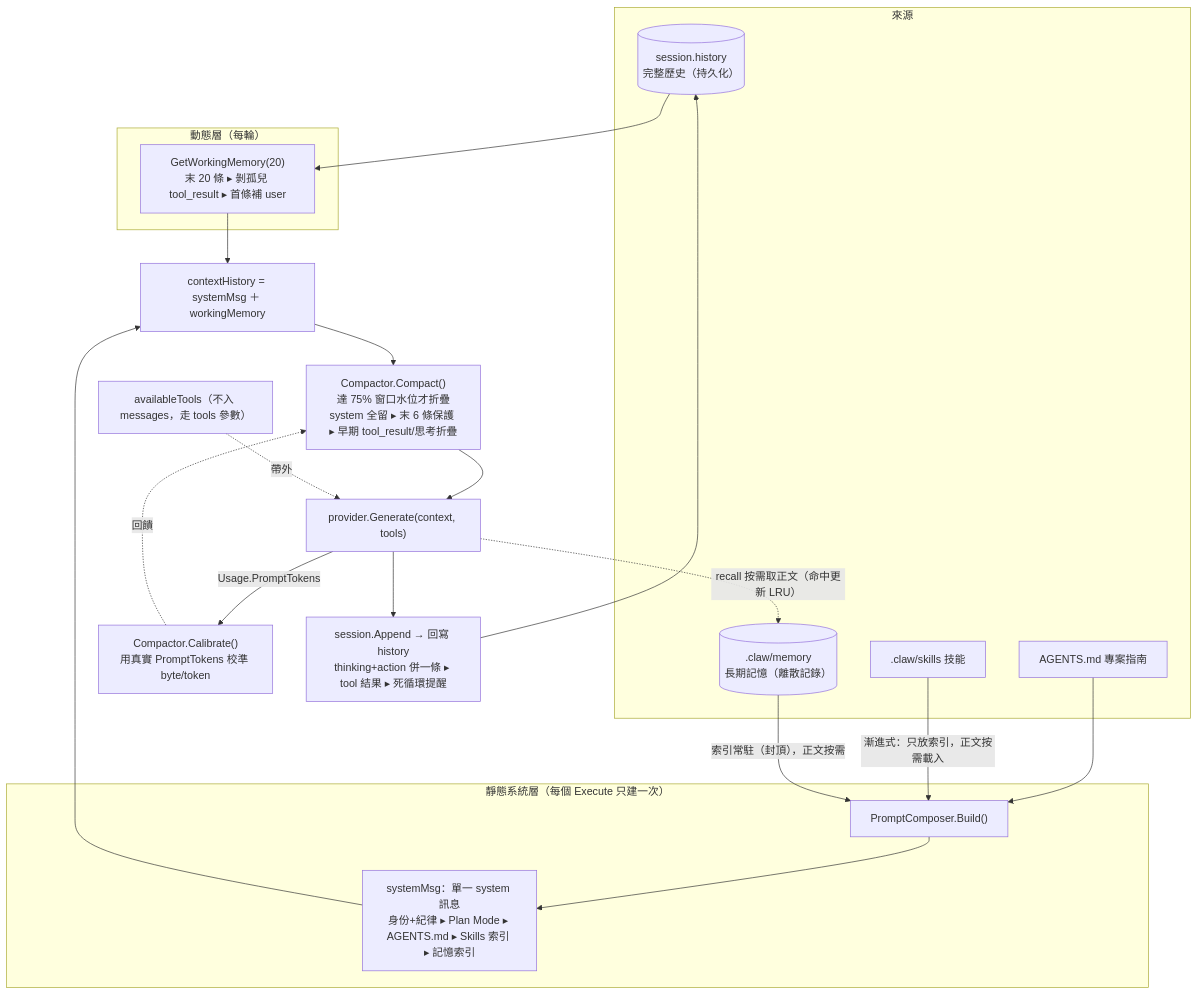
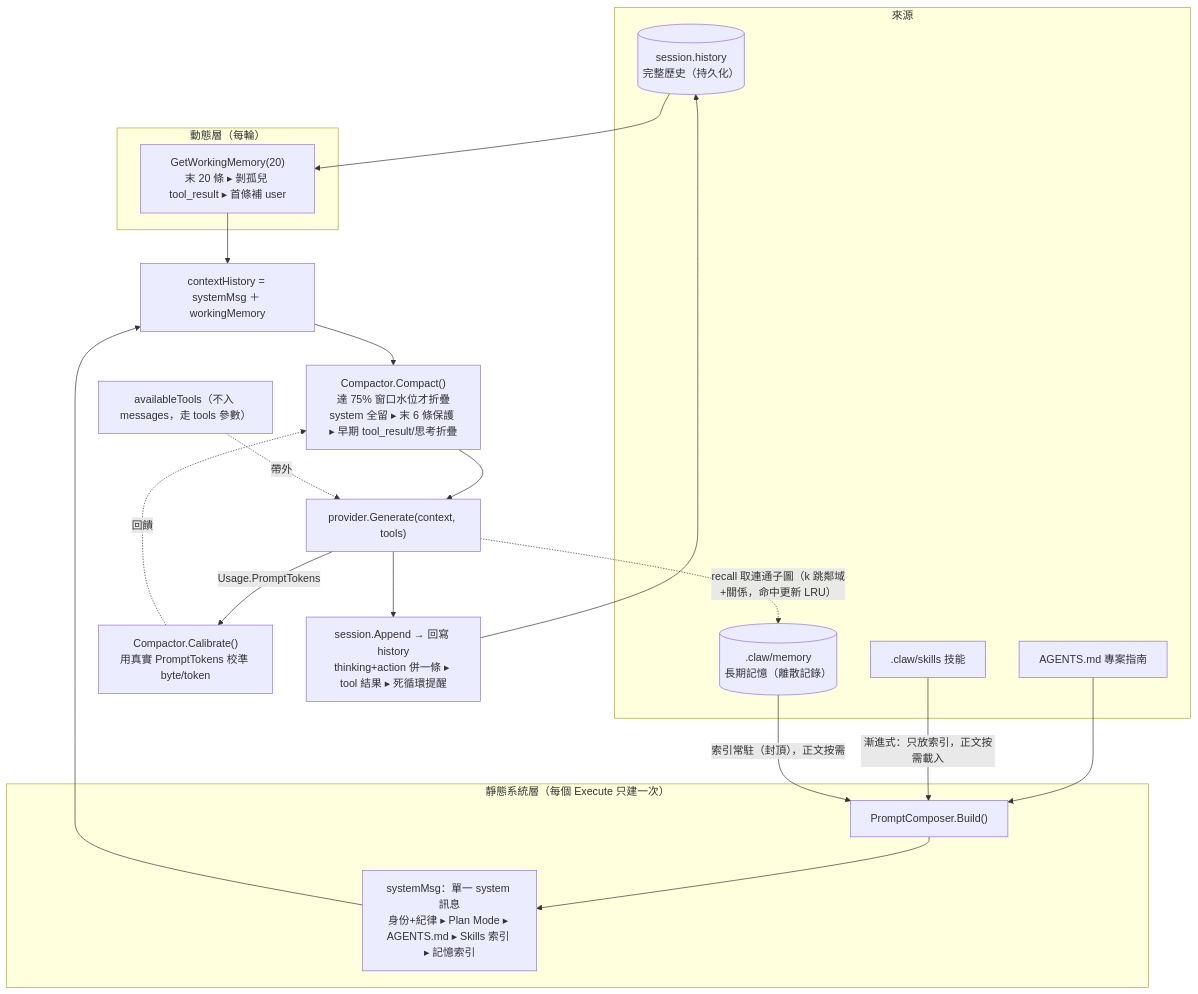
Before and after one commit to SIMPLYBOYS/cogito-agent: the second of 2 diagrams in README.md, drawn with Mermaid. The commit also changed other lines of this file and 6 other files, not shown here.

First line of the commit message:
feat(memory): KG Stage 1——把記錄當圖，recall 回連通子圖（多跳關係檢索）

````diff
--- a/README.md
+++ b/README.md
@@ -109,41 +109,41 @@
 ```mermaid
 flowchart TB
   subgraph SRC["來源"]
     HIST[("session.history<br/>完整歷史（持久化）")]
     AGENTS["AGENTS.md 專案指南"]
     SKILLS[".claw/skills 技能"]
     MEM[(".claw/memory<br/>長期記憶（離散記錄）")]
   end
 
   subgraph STATIC["靜態系統層（每個 Execute 只建一次）"]
     COMPOSER["PromptComposer.Build()"]
     SYS["systemMsg：單一 system 訊息<br/>身份+紀律 ▸ Plan Mode ▸ AGENTS.md ▸ Skills 索引 ▸ 記憶索引"]
   end
 
   subgraph DYN["動態層（每輪）"]
     WIN["GetWorkingMemory(20)<br/>末 20 條 ▸ 剝孤兒 tool_result ▸ 首條補 user"]
   end
 
   ASSEMBLE["contextHistory = systemMsg ＋ workingMemory"]
   COMPACT["Compactor.Compact()<br/>達 75% 窗口水位才折疊<br/>system 全留 ▸ 末 6 條保護 ▸ 早期 tool_result/思考折疊"]
   TOOLS["availableTools（不入 messages，走 tools 參數）"]
   LLM["provider.Generate(context, tools)"]
   CAL["Compactor.Calibrate()<br/>用真實 PromptTokens 校準 byte/token"]
   WB["session.Append → 回寫 history<br/>thinking+action 併一條 ▸ tool 結果 ▸ 死循環提醒"]
 
   AGENTS --> COMPOSER
   SKILLS -->|漸進式：只放索引，正文按需載入| COMPOSER
   MEM -->|索引常駐（封頂），正文按需| COMPOSER
   COMPOSER --> SYS
   HIST --> WIN
   SYS --> ASSEMBLE
   WIN --> ASSEMBLE
   ASSEMBLE --> COMPACT
   COMPACT --> LLM
   TOOLS -.帶外.-> LLM
   LLM -->|Usage.PromptTokens| CAL
   CAL -.回饋.-> COMPACT
   LLM --> WB
   WB --> HIST
-  LLM -.recall 按需取正文（命中更新 LRU）.-> MEM
+  LLM -.recall 取連通子圖（k 跳鄰域+關係，命中更新 LRU）.-> MEM
 ```
````
